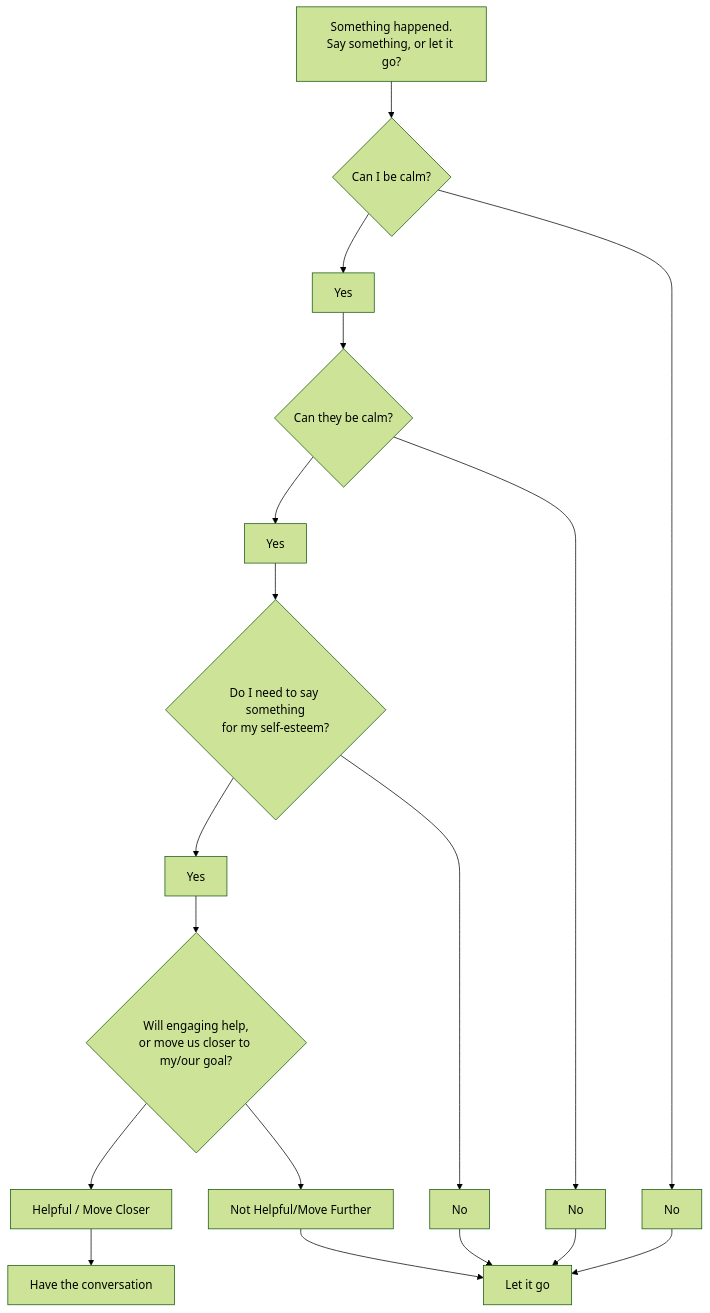
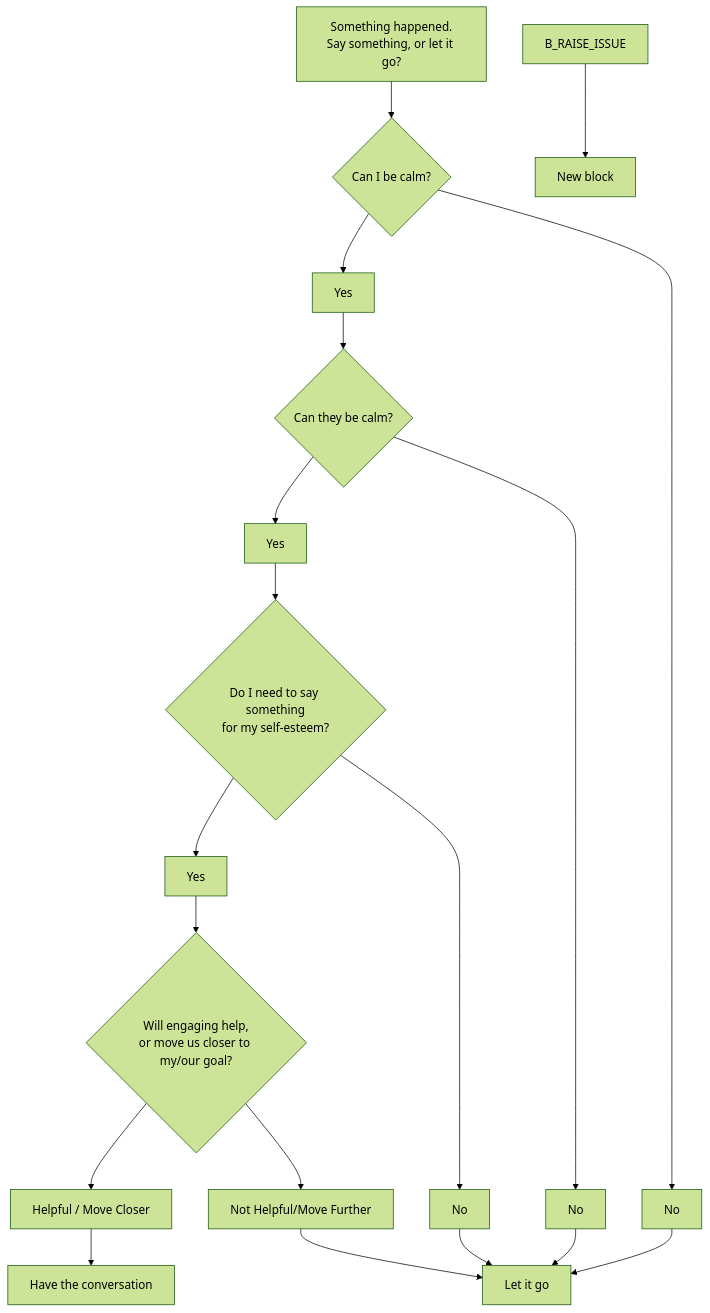
Before and after one commit to matkatmusic/relationship-mermaid: the diagram in diagrams/say-something-or-let-it-go.mmd, drawn with Mermaid (forest theme).

Commit message:
updated say-something diagram

```diff
--- a/diagrams/say-something-or-let-it-go.mmd
+++ b/diagrams/say-something-or-let-it-go.mmd
@@ -1,39 +1,41 @@
 flowchart TD
   B_Start["Something happened.<br/>Say something, or let it go?"]
   Q_Q1{"Can I be calm?"}
   B_LetGo["Let it go"]
   Q_Q2{"Can they be calm?"}
   Q_Q3{"Do I need to say something<br/>for my self-esteem?"}
   Q_Q4{"Will engaging help,<br/>or move us closer to my/our goal?"}
   B_HaveConvo["Have the conversation"]
 
   B_Start --> Q_Q1
 
   Q_CHOICE_Q1_NEW["Yes"]
   Q_Q1 --> Q_CHOICE_Q1_NEW
   Q_CHOICE_Q1_NEW --> Q_Q2
   Q_CHOICE_Q1_NEW2["No"]
   Q_Q1 --> Q_CHOICE_Q1_NEW2
   Q_CHOICE_Q1_NEW2 --> B_LetGo
   Q_CHOICE_Q2_NEW["Yes"]
   Q_Q2 --> Q_CHOICE_Q2_NEW
   Q_CHOICE_Q2_NEW2["No"]
   Q_Q2 --> Q_CHOICE_Q2_NEW2
   Q_CHOICE_Q2_NEW2 --> B_LetGo
   Q_CHOICE_Q2_NEW --> Q_Q3
   Q_CHOICE_Q3_NEW["Yes"]
   Q_Q3 --> Q_CHOICE_Q3_NEW
   Q_CHOICE_Q3_NEW --> Q_Q4
   Q_CHOICE_Q3_NEW2["No"]
   Q_Q3 --> Q_CHOICE_Q3_NEW2
   Q_CHOICE_Q3_NEW2 --> B_LetGo
   Q_CHOICE_Q4_NEW["Helpful / Move Closer"]
   Q_Q4 --> Q_CHOICE_Q4_NEW
   Q_CHOICE_Q4_NEW --> B_HaveConvo
   Q_CHOICE_Q4_NEW2["Not Helpful/Move Further"]
   Q_Q4 --> Q_CHOICE_Q4_NEW2
   Q_CHOICE_Q4_NEW2 --> B_LetGo
+  B_RAISE_ISSUE --> B_NEW_1
+  B_NEW_1["New block"]
 %%%%====
 %% DO NOT MODIFY - AUTOMATICALLY GENERATED DURING EVERY SAVE
-%% {"lastSelectedNodeId":null,"outputScrollLeft":18,"outputScrollTop":1852}
+%% {"lastSelectedNodeId":"B_RAISE_ISSUE","outputScrollLeft":0,"outputScrollTop":150,"typeColors":{"decision":"#f6d365","choice":"#9ed7a4","static":"#9fc5e8","goal":"#c9b6e4"},"nodeTypes":{}}
 %%%%====
```
